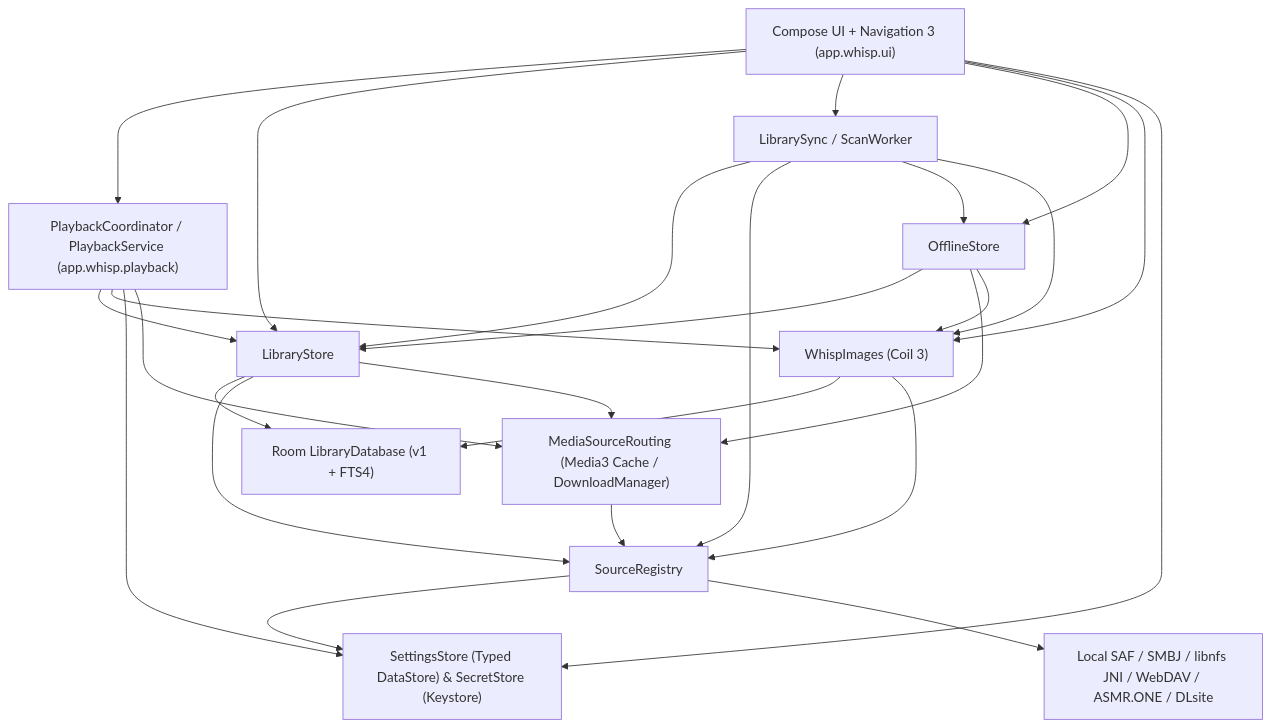
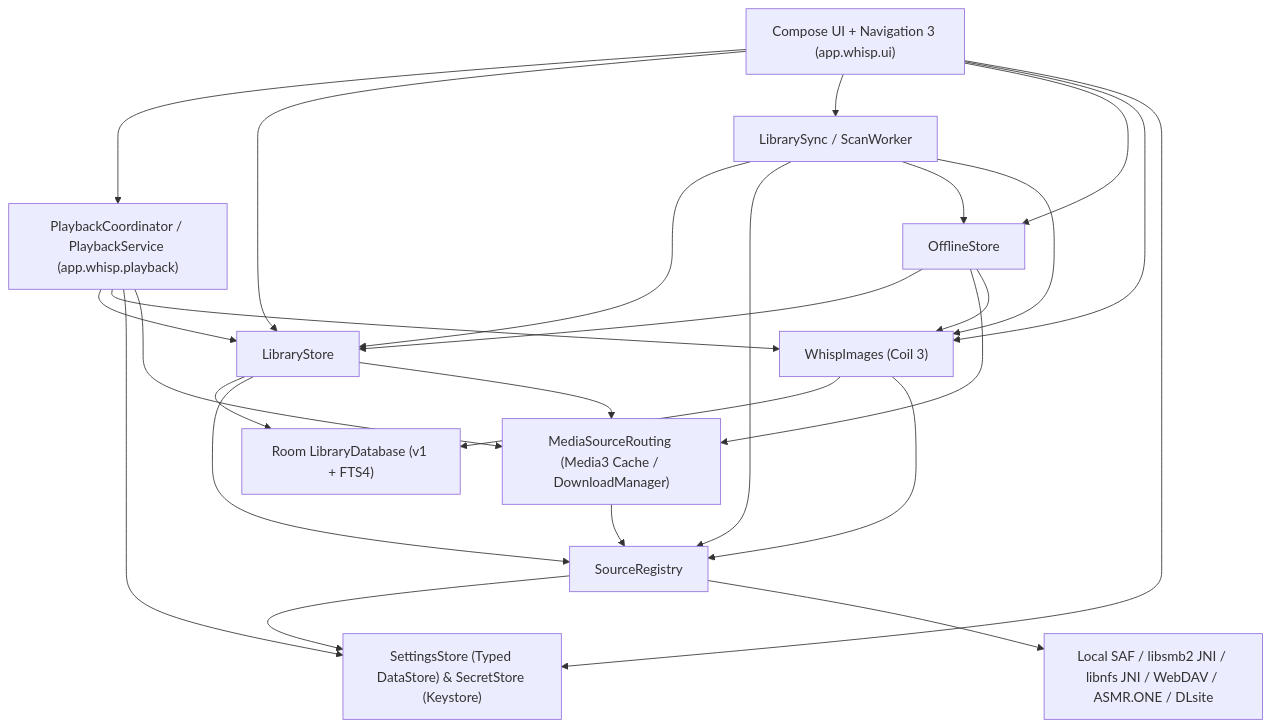
The diagram in docs/ARCHITECTURE.md (iMMIQ/whisp), drawn with Mermaid before and after one commit. The commit also changed other lines of this file and 36 other files, not shown here.

````diff
--- a/docs/ARCHITECTURE.md
+++ b/docs/ARCHITECTURE.md
@@ -11,40 +11,40 @@
 ```mermaid
 flowchart TD
     UI["Compose UI + Navigation 3 (app.whisp.ui)"]
     PB["PlaybackCoordinator / PlaybackService (app.whisp.playback)"]
     SYNC["LibrarySync / ScanWorker"]
     LIB["LibraryStore"]
     OFF["OfflineStore"]
     IMG["WhispImages (Coil 3)"]
     ROUTE["MediaSourceRouting (Media3 Cache / DownloadManager)"]
     SRC["SourceRegistry"]
     DB["Room LibraryDatabase (v1 + FTS4)"]
     SET["SettingsStore (Typed DataStore) & SecretStore (Keystore)"]
-    PROTO["Local SAF / SMBJ / libnfs JNI / WebDAV / ASMR.ONE / DLsite"]
+    PROTO["Local SAF / libsmb2 JNI / libnfs JNI / WebDAV / ASMR.ONE / DLsite"]
 
     UI --> PB
     UI --> LIB
     UI --> SYNC
     UI --> OFF
     UI --> IMG
     UI --> SET
     PB --> LIB
     PB --> IMG
     PB --> SET
     PB --> ROUTE
     SYNC --> LIB
     SYNC --> SRC
     SYNC --> OFF
     SYNC --> IMG
     OFF --> LIB
     OFF --> ROUTE
     OFF --> IMG
     LIB --> DB
     LIB --> SRC
     LIB --> ROUTE
     IMG --> DB
     IMG --> SRC
     ROUTE --> SRC
     SRC --> SET
     SRC --> PROTO
 ```
````
